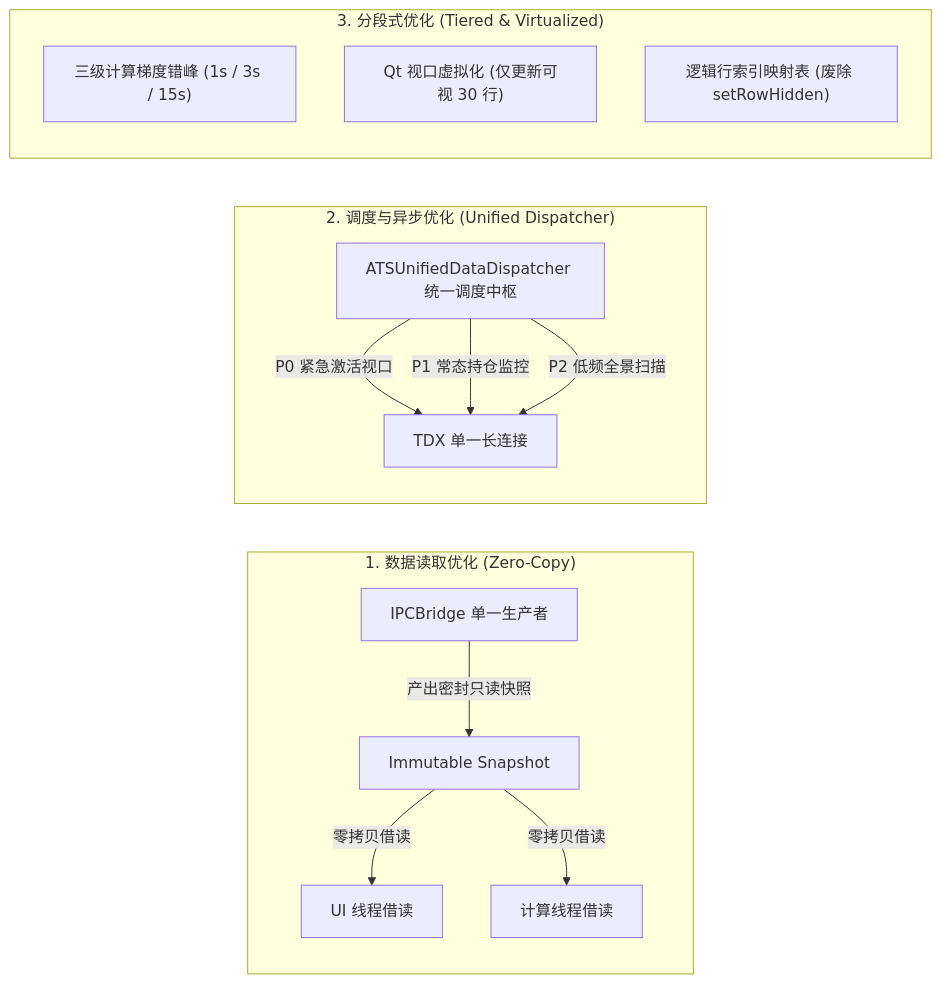
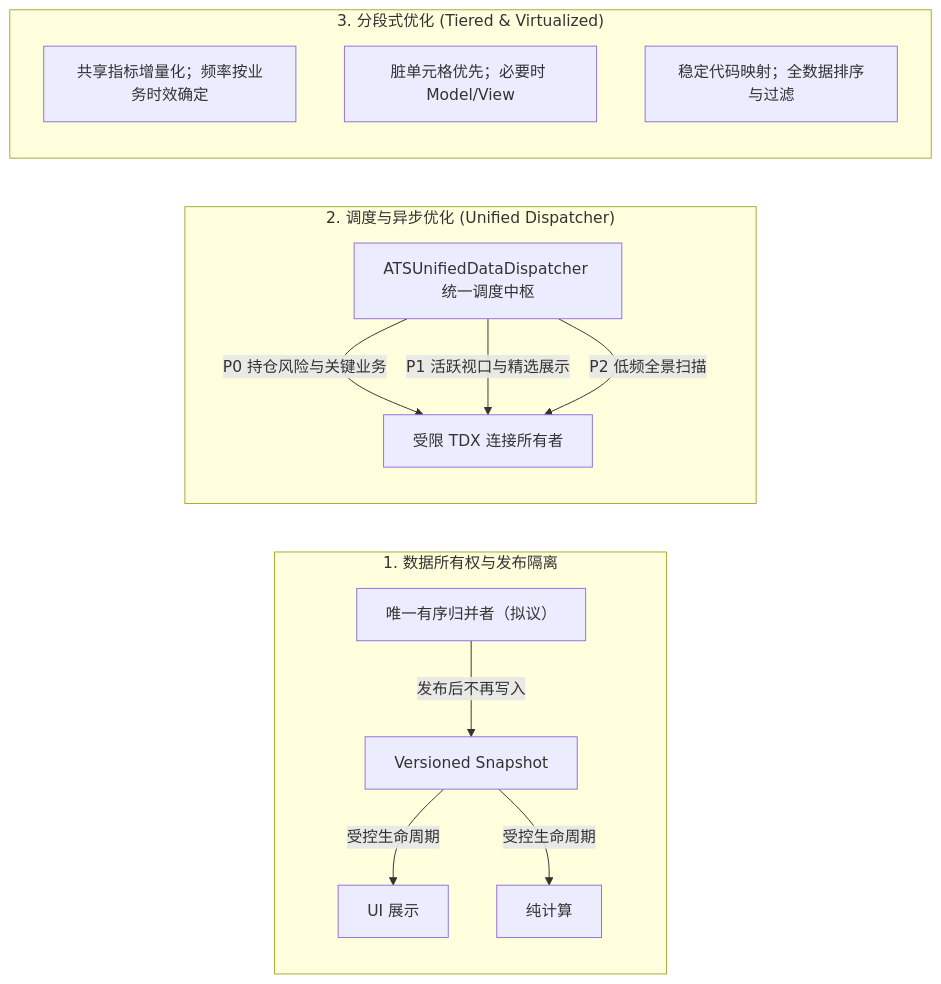
Before and after one commit to johnsonhongyi/pyQuant3: the second of 2 diagrams in stock_standalone/design/ATS系统全流程性能优化分析与实施方案规划.md, drawn with Mermaid. The commit also changed other lines of this file and 4 other files, not shown here.

````diff
--- a/stock_standalone/design/ATS系统全流程性能优化分析与实施方案规划.md
+++ b/stock_standalone/design/ATS系统全流程性能优化分析与实施方案规划.md
@@ -67,21 +73,21 @@
 ```mermaid
 flowchart LR
-    subgraph S1 ["1. 数据读取优化 (Zero-Copy)"]
-        SingleWriter["IPCBridge 单一生产者"] -->|"产出密封只读快照"| SealedDF["Immutable Snapshot"]
-        SealedDF -->|"零拷贝借读"| UIRead["UI 线程借读"]
-        SealedDF -->|"零拷贝借读"| WorkerRead["计算线程借读"]
+    subgraph S1 ["1. 数据所有权与发布隔离"]
+        SingleWriter["唯一有序归并者（拟议）"] -->|"发布后不再写入"| SealedDF["Versioned Snapshot"]
+        SealedDF -->|"受控生命周期"| UIRead["UI 展示"]
+        SealedDF -->|"受控生命周期"| WorkerRead["纯计算"]
     end
 
     subgraph S2 ["2. 调度与异步优化 (Unified Dispatcher)"]
         UnifiedDisp["ATSUnifiedDataDispatcher 统一调度中枢"]
-        UnifiedDisp -->|"P0 紧急激活视口"| TDXConn["TDX 单一长连接"]
-        UnifiedDisp -->|"P1 常态持仓监控"| TDXConn
+        UnifiedDisp -->|"P0 持仓风险与关键业务"| TDXConn["受限 TDX 连接所有者"]
+        UnifiedDisp -->|"P1 活跃视口与精选展示"| TDXConn
         UnifiedDisp -->|"P2 低频全景扫描"| TDXConn
     end
 
     subgraph S3 ["3. 分段式优化 (Tiered & Virtualized)"]
-        TieredCompute["三级计算梯度错峰 (1s / 3s / 15s)"]
-        ViewportLazy["Qt 视口虚拟化 (仅更新可视 30 行)"]
-        VisibleMap["逻辑行索引映射表 (废除 setRowHidden)"]
+        TieredCompute["共享指标增量化；频率按业务时效确定"]
+        ViewportLazy["脏单元格优先；必要时 Model/View"]
+        VisibleMap["稳定代码映射；全数据排序与过滤"]
     end
 ```
````
